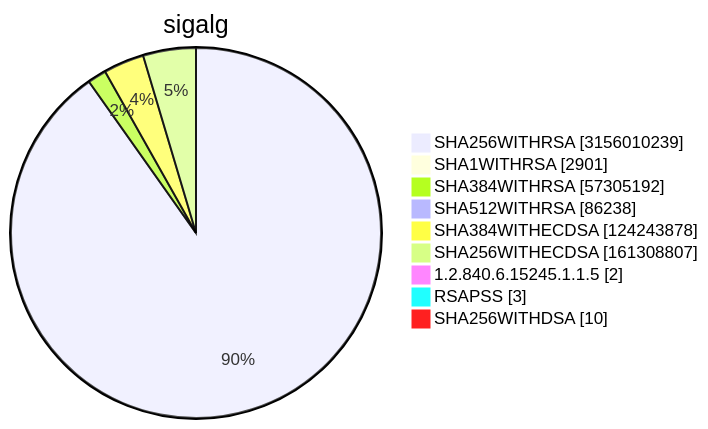
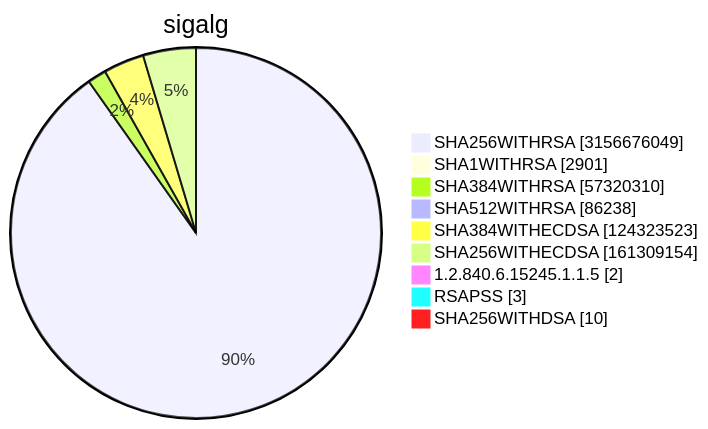
One commit to christiankrug/ctmonitor_visualization changed diagram 15 of 15 in TOTAL/README.md. Above: the diagram before and after it, drawn with Mermaid. The commit also changed other lines of this file, not shown here.

````diff
--- a/TOTAL/README.md
+++ b/TOTAL/README.md
@@ -6214,13 +6215,13 @@
 ```mermaid
 pie showData
 title sigalg
-"SHA256WITHRSA" :3156010239
+"SHA256WITHRSA" :3156676049
 "SHA1WITHRSA" :2901
-"SHA384WITHRSA" :57305192
+"SHA384WITHRSA" :57320310
 "SHA512WITHRSA" :86238
-"SHA384WITHECDSA" :124243878
-"SHA256WITHECDSA" :161308807
+"SHA384WITHECDSA" :124323523
+"SHA256WITHECDSA" :161309154
 "1.2.840.6.15245.1.1.5" :2
 "RSAPSS" :3
 "SHA256WITHDSA" :10
 ```
````
